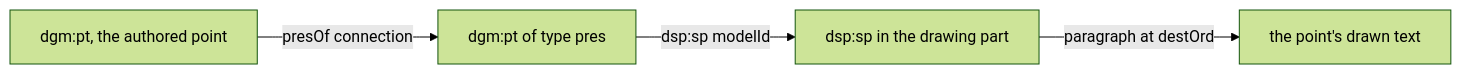
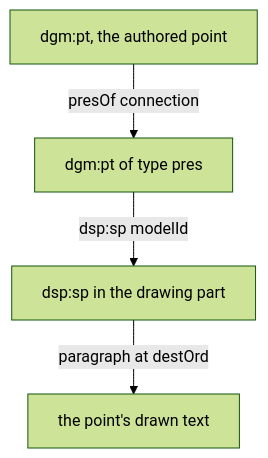
Before and after one commit to shbernal/ts-pptx: the third of 3 diagrams in docs/reference/read-object-model.md, drawn with Mermaid (forest theme). The commit also changed other lines of this file and 7 other files, not shown here.

First line of the commit message:
docs: diagrams stay readable on a phone, and the contributor pages are described as they are

````diff
--- a/docs/reference/read-object-model.md
+++ b/docs/reference/read-object-model.md
@@ -504,6 +504,6 @@
 ```mermaid
-flowchart LR
+flowchart TB
   A["dgm:pt, the authored point"] -- "presOf connection" --> B["dgm:pt of type pres"]
   B -- "dsp:sp modelId" --> C["dsp:sp in the drawing part"]
   C -- "paragraph at destOrd" --> D["the point's drawn text"]
 ```
````
